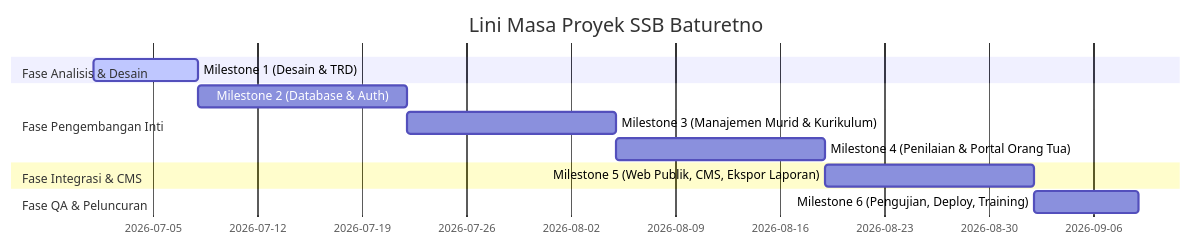
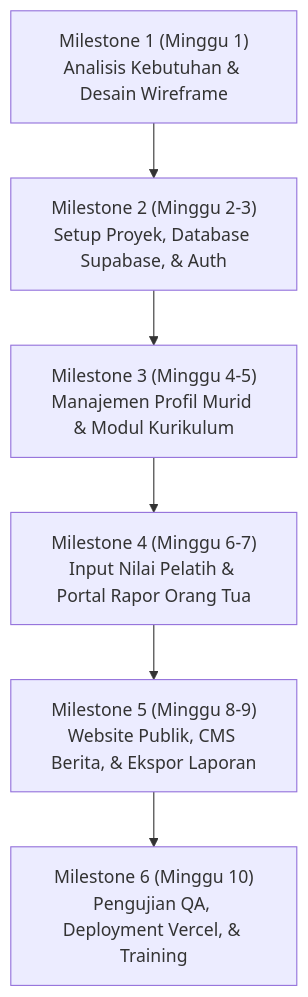
One commit to gabrielfermy/SSBBaturetnoApp changed the diagram in docs/ROADMAP_BUDGET.md. Above: the diagram before and after it, drawn with Mermaid.

Commit message:
docs: ubah bagan lini masa dari Gantt Chart bertanggal menjadi Flowchart berbasis minggu (Weeks)

````diff
--- a/docs/ROADMAP_BUDGET.md
+++ b/docs/ROADMAP_BUDGET.md
@@ -12,15 +12,8 @@
 ```mermaid
-gantt
-    title Lini Masa Proyek SSB Baturetno
-    dateFormat  YYYY-MM-DD
-    section Fase Analisis & Desain
-    Milestone 1 (Desain & TRD) :active, 2026-07-01, 7d
-    section Fase Pengembangan Inti
-    Milestone 2 (Database & Auth) : 2026-07-08, 14d
-    Milestone 3 (Manajemen Murid & Kurikulum) : 2026-07-22, 14d
-    Milestone 4 (Penilaian & Portal Orang Tua) : 2026-08-05, 14d
-    section Fase Integrasi & CMS
-    Milestone 5 (Web Publik, CMS, Ekspor Laporan) : 2026-08-19, 14d
-    section Fase QA & Peluncuran
-    Milestone 6 (Pengujian, Deploy, Training) : 2026-09-02, 7d
+graph TD
+    M1["Milestone 1 (Minggu 1)<br/>Analisis Kebutuhan & Desain Wireframe"] --> M2["Milestone 2 (Minggu 2-3)<br/>Setup Proyek, Database Supabase, & Auth"]
+    M2 --> M3["Milestone 3 (Minggu 4-5)<br/>Manajemen Profil Murid & Modul Kurikulum"]
+    M3 --> M4["Milestone 4 (Minggu 6-7)<br/>Input Nilai Pelatih & Portal Rapor Orang Tua"]
+    M4 --> M5["Milestone 5 (Minggu 8-9)<br/>Website Publik, CMS Berita, & Ekspor Laporan"]
+    M5 --> M6["Milestone 6 (Minggu 10)<br/>Pengujian QA, Deployment Vercel, & Training"]
 ```
````
